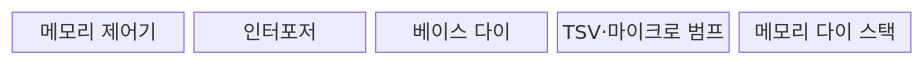
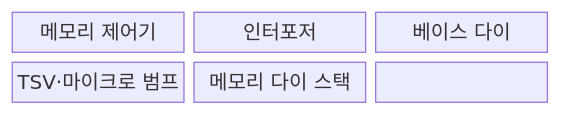
Before and after one commit to agnusdei1207/knowledge-base: the first of 2 diagrams in src/content/docs/notes/02-hardware/090_3d_stacked_memory.md, drawn with Mermaid. The commit also changed other lines of this file and 86 other files, not shown here.

````diff
--- a/src/content/docs/notes/02-hardware/090_3d_stacked_memory.md
+++ b/src/content/docs/notes/02-hardware/090_3d_stacked_memory.md
@@ -68,9 +68,11 @@
 ```mermaid
-block
-  columns 5
+block-beta
+  columns 3
   C["메모리 제어기"]
   I["인터포저"]
   B["베이스 다이"]
   V["TSV·마이크로 범프"]
   D["메모리 다이 스택"]
+  C --- I --- B
+  B --- V --- D
 ```
````
